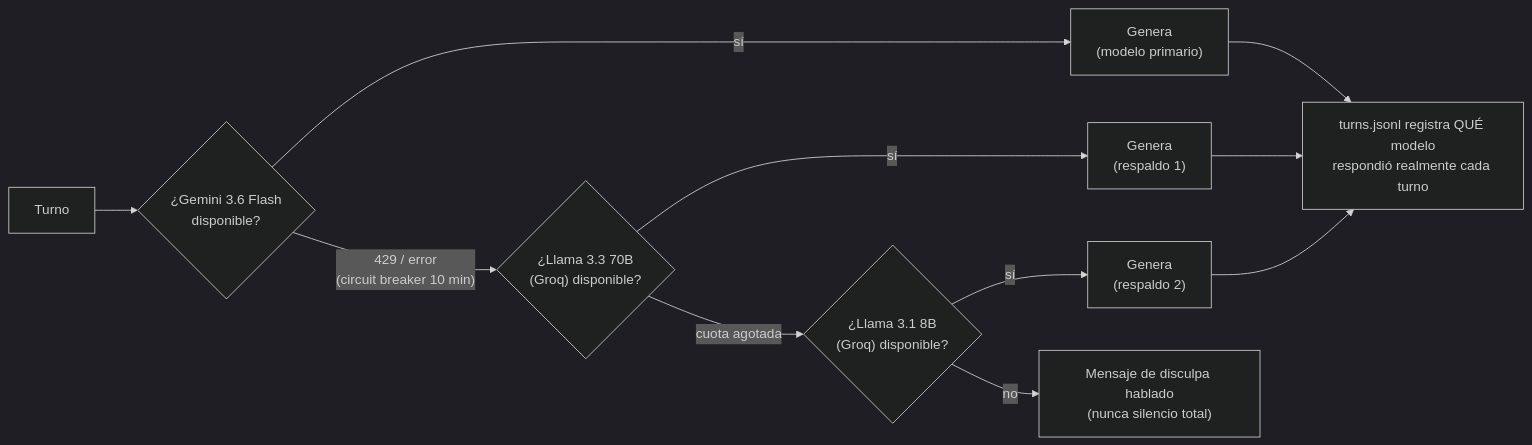
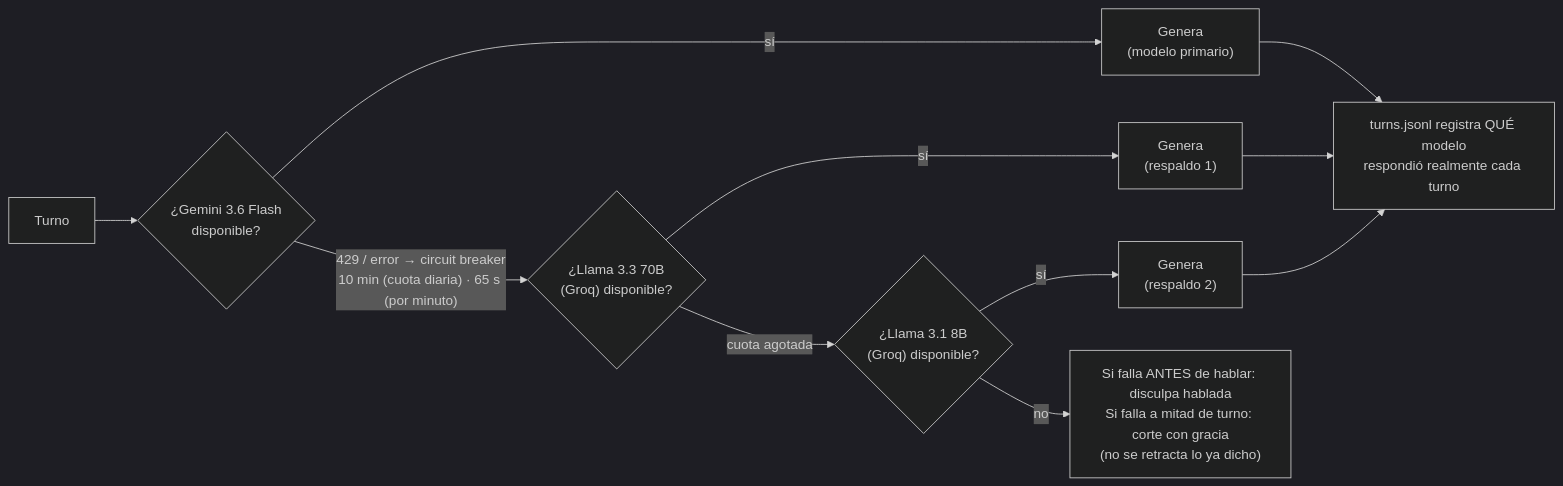
The third of 3 diagrams in docs/entregables/diagrama.md (NatoRemolina/postop-voice-agent), drawn with Mermaid (dark theme) before and after one commit. The commit also changed other lines of this file and 5 other files, not shown here.

Commit message:
Correcciones de auditoría: síntomas estructurados en el resumen, prompt de voz más breve y empático, diagrama fiel al código y README sin ambigüedades

````diff
--- a/docs/entregables/diagrama.md
+++ b/docs/entregables/diagrama.md
@@ -103,11 +105,11 @@
 ```mermaid
 flowchart LR
     T["Turno"] --> G{"¿Gemini 3.6 Flash<br/>disponible?"}
     G -->|"sí"| OK1["Genera<br/>(modelo primario)"]
-    G -->|"429 / error<br/>(circuit breaker 10 min)"| L70{"¿Llama 3.3 70B<br/>(Groq) disponible?"}
+    G -->|"429 / error → circuit breaker<br/>10 min (cuota diaria) · 65 s (por minuto)"| L70{"¿Llama 3.3 70B<br/>(Groq) disponible?"}
     L70 -->|"sí"| OK2["Genera<br/>(respaldo 1)"]
     L70 -->|"cuota agotada"| L8{"¿Llama 3.1 8B<br/>(Groq) disponible?"}
     L8 -->|"sí"| OK3["Genera<br/>(respaldo 2)"]
-    L8 -->|"no"| DISC["Mensaje de disculpa hablado<br/>(nunca silencio total)"]
+    L8 -->|"no"| DISC["Si falla ANTES de hablar: disculpa hablada<br/>Si falla a mitad de turno: corte con gracia<br/>(no se retracta lo ya dicho)"]
     OK1 & OK2 & OK3 --> REG["turns.jsonl registra QUÉ modelo<br/>respondió realmente cada turno"]
 ```
````
